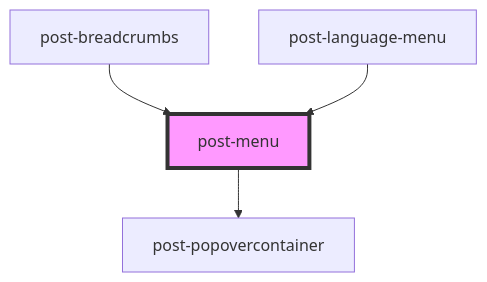
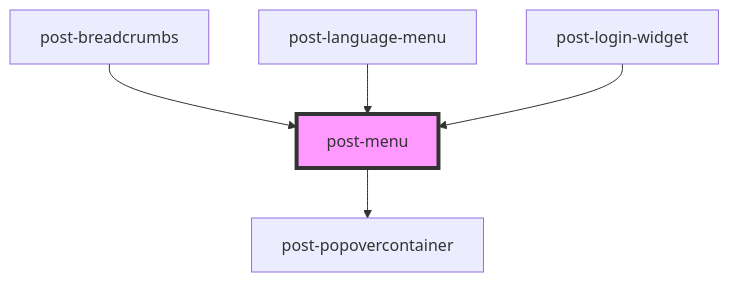
The diagram in packages/components/src/components/post-menu/readme.md (swisspost/design-system), drawn with Mermaid before and after one commit. The commit also changed other lines of this file and 15 other files, not shown here.

Commit message:
chore(components, docs): update login widget user handling

````diff
--- a/packages/components/src/components/post-menu/readme.md
+++ b/packages/components/src/components/post-menu/readme.md
@@ -92,7 +93,8 @@
 ```mermaid
 graph TD;
   post-menu --> post-popovercontainer
   post-breadcrumbs --> post-menu
   post-language-menu --> post-menu
+  post-login-widget --> post-menu
   style post-menu fill:#f9f,stroke:#333,stroke-width:4px
 ```
````
